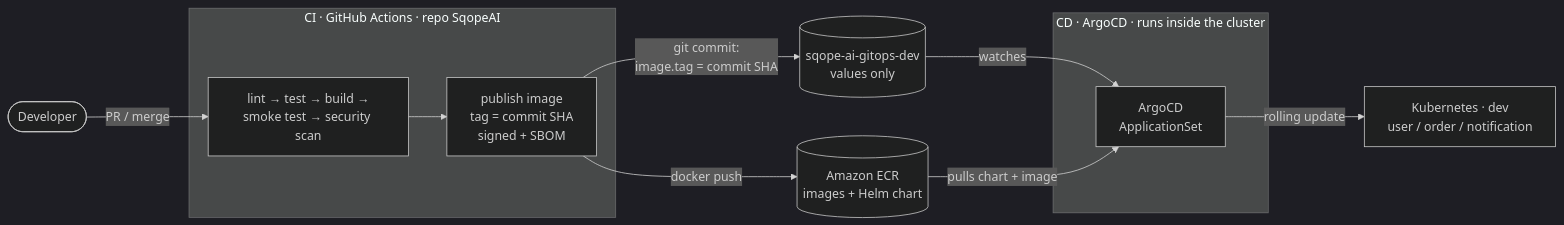
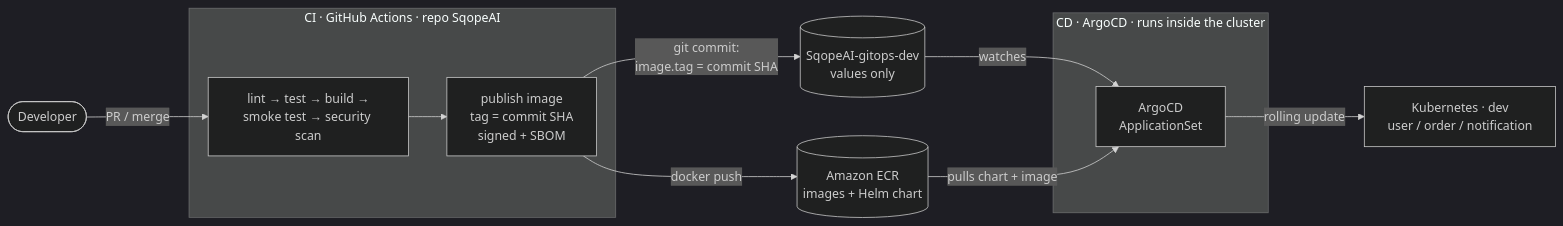
Before and after one commit to gologolo24/SqopeAI: the first of 6 diagrams in README-CICD.md, drawn with Mermaid (dark theme). The commit also changed other lines of this file and 8 other files, not shown here.

First line of the commit message:
chore: rename repos to SqopeAI-infra and SqopeAI-gitops-dev

````diff
--- a/README-CICD.md
+++ b/README-CICD.md
@@ -41,19 +41,19 @@
 ```mermaid
 flowchart LR
     dev([Developer]) -->|PR / merge| GH
 
     subgraph CI["CI · GitHub Actions · repo SqopeAI"]
         GH["lint → test → build →<br/>smoke test → security scan"] --> PUB["publish image<br/>tag = commit SHA<br/>signed + SBOM"]
     end
 
     PUB -->|docker push| ECR[("Amazon ECR<br/>images + Helm chart")]
-    PUB -->|"git commit:<br/>image.tag = commit SHA"| GITOPS[("sqope-ai-gitops-dev<br/>values only")]
+    PUB -->|"git commit:<br/>image.tag = commit SHA"| GITOPS[("SqopeAI-gitops-dev<br/>values only")]
 
     subgraph CD["CD · ArgoCD · runs inside the cluster"]
         ARGO["ArgoCD<br/>ApplicationSet"]
     end
 
     GITOPS -->|watches| ARGO
     ECR -->|pulls chart + image| ARGO
     ARGO -->|rolling update| K8S["Kubernetes · dev<br/>user / order / notification"]
 ```
````
